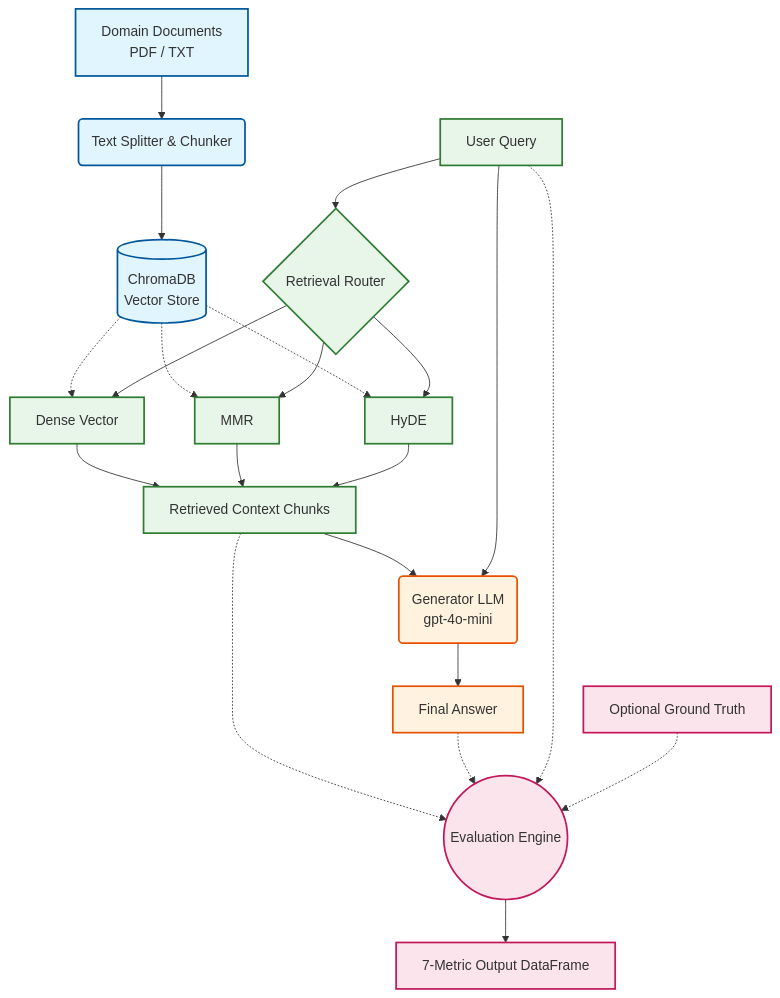
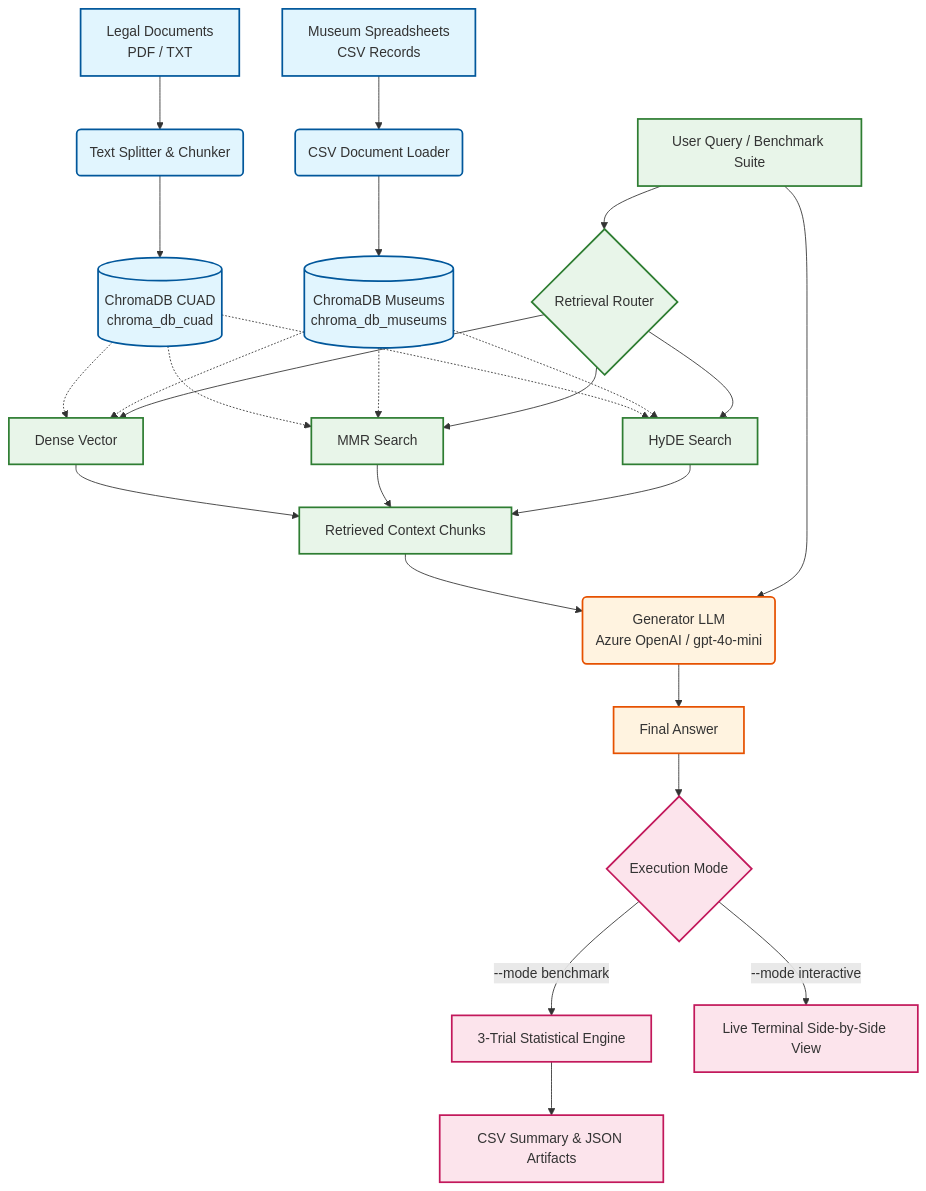
The diagram in README.md (ToppatKing/7-metric-rag-eval-system), drawn with Mermaid before and after one commit. The commit also changed other lines of this file and 6 other files, not shown here.

````diff
--- a/README.md
+++ b/README.md
@@ -21,38 +24,44 @@
 ```mermaid
 graph TD
     %% Styling
     classDef ingestion fill:#e1f5fe,stroke:#01579b,stroke-width:2px;
     classDef retrieval fill:#e8f5e9,stroke:#2e7d32,stroke-width:2px;
     classDef generation fill:#fff3e0,stroke:#e65100,stroke-width:2px;
     classDef evaluation fill:#fce4ec,stroke:#c2185b,stroke-width:2px;
 
     %% Ingestion Phase
-    A[Domain Documents<br/>PDF / TXT] --> B(Text Splitter & Chunker)
-    B --> C[(ChromaDB<br/>Vector Store)]
-    class A,B,C ingestion;
+    A1[Legal Documents<br/>PDF / TXT] --> B1(Text Splitter & Chunker)
+    B1 --> C1[(ChromaDB CUAD<br/>chroma_db_cuad)]
+    
+    A2[Museum Spreadsheets<br/>CSV Records] --> B2(CSV Document Loader)
+    B2 --> C2[(ChromaDB Museums<br/>chroma_db_museums)]
+    
+    class A1,A2,B1,B2,C1,C2 ingestion;
 
     %% Retrieval Phase
-    D[User Query] --> E{Retrieval Router}
-    C -.-> F[Dense Vector]
-    C -.-> G[MMR]
-    C -.-> H[HyDE]
+    D[User Query / Benchmark Suite] --> E{Retrieval Router}
+    C1 -.-> F[Dense Vector]
+    C1 -.-> G[MMR Search]
+    C1 -.-> H[HyDE Search]
+    C2 -.-> F
+    C2 -.-> G
+    C2 -.-> H
     E --> F
     E --> G
     E --> H
     F & G & H --> I[Retrieved Context Chunks]
     class D,E,F,G,H,I retrieval;
 
     %% Generation Phase
-    I --> J(Generator LLM<br/>gpt-4o-mini)
+    I --> J(Generator LLM<br/>Azure OpenAI / gpt-4o-mini)
     D --> J
     J --> K[Final Answer]
     class J,K generation;
 
-    %% Evaluation Phase
-    I -.-> L((Evaluation Engine))
-    K -.-> L
-    D -.-> L
-    M[Optional Ground Truth] -.-> L
-    L --> N[7-Metric Output DataFrame]
-    class L,M,N evaluation;
+    %% Evaluation & Modes
+    K --> L{Execution Mode}
+    L -->|--mode benchmark| M[3-Trial Statistical Engine]
+    L -->|--mode interactive| N[Live Terminal Side-by-Side View]
+    M --> O[CSV Summary & JSON Artifacts]
+    class L,M,N,O evaluation;
 ```
````
